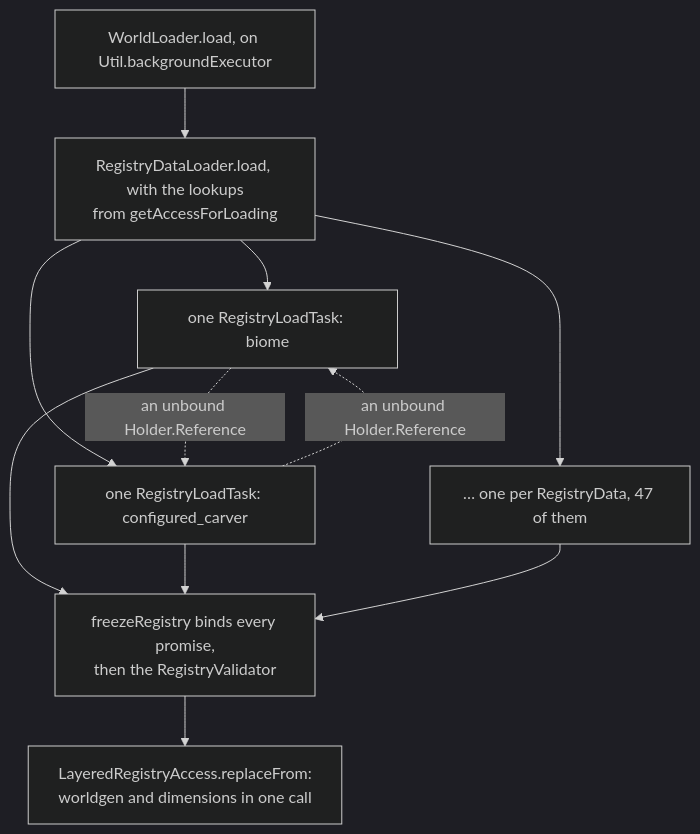
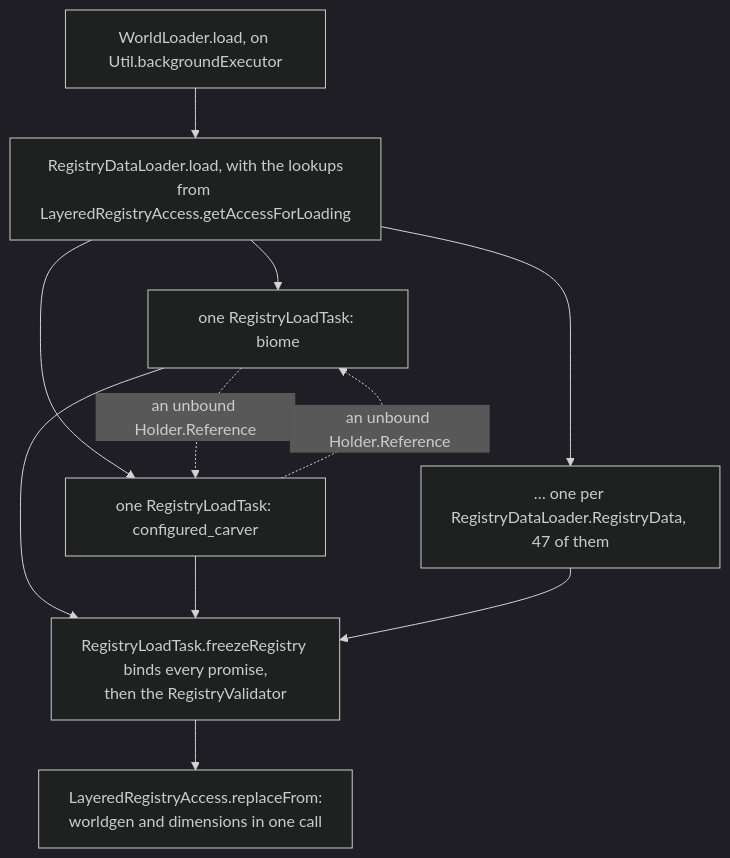
One commit to AlexanderjFraser/MinecraftDocs changed the second of 3 diagrams in src/systems/foundations/identifiers-and-registries.md. Above: the diagram before and after it, drawn with Mermaid (dark theme). The commit also changed 55 other files, not shown here.

First line of the commit message:
pass 7, session O — the close, before K: the figure gate strict, the landing figures read as one set, and one strike in thirty not borne out

````diff
--- a/src/systems/foundations/identifiers-and-registries.md
+++ b/src/systems/foundations/identifiers-and-registries.md
@@ -237,20 +237,20 @@
 ```mermaid
 flowchart TD
     WL["WorldLoader.load, on Util.backgroundExecutor"]:::worker
-    RDL["RegistryDataLoader.load, with the lookups<br/>from getAccessForLoading"]:::worker
+    RDL["RegistryDataLoader.load, with the lookups<br/>from LayeredRegistryAccess.getAccessForLoading"]:::worker
     T1["one RegistryLoadTask: biome"]:::worker
     T2["one RegistryLoadTask: configured_carver"]:::worker
-    T3["… one per RegistryData, 47 of them"]:::worker
-    F["freezeRegistry binds every promise,<br/>then the RegistryValidator"]:::worker
+    T3["… one per RegistryDataLoader.RegistryData, 47 of them"]:::worker
+    F["RegistryLoadTask.freezeRegistry binds every promise,<br/>then the RegistryValidator"]:::worker
     LRA["LayeredRegistryAccess.replaceFrom:<br/>worldgen and dimensions in one call"]:::server
     WL --> RDL
     RDL --> T1
     RDL --> T2
     RDL --> T3
     T1 -. "an unbound Holder.Reference" .-> T2
     T2 -. "an unbound Holder.Reference" .-> T1
     T1 --> F
     T2 --> F
     T3 --> F
     F --> LRA
 ```
````
